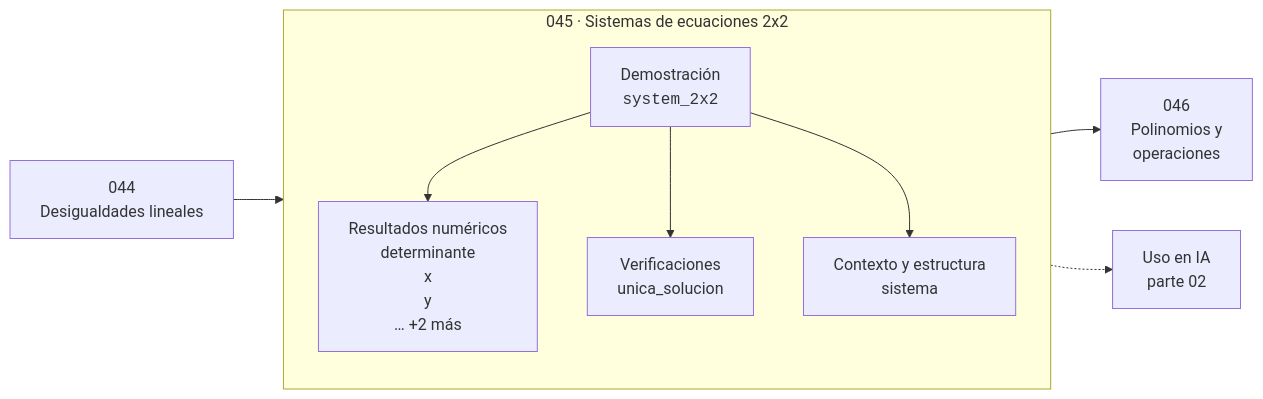
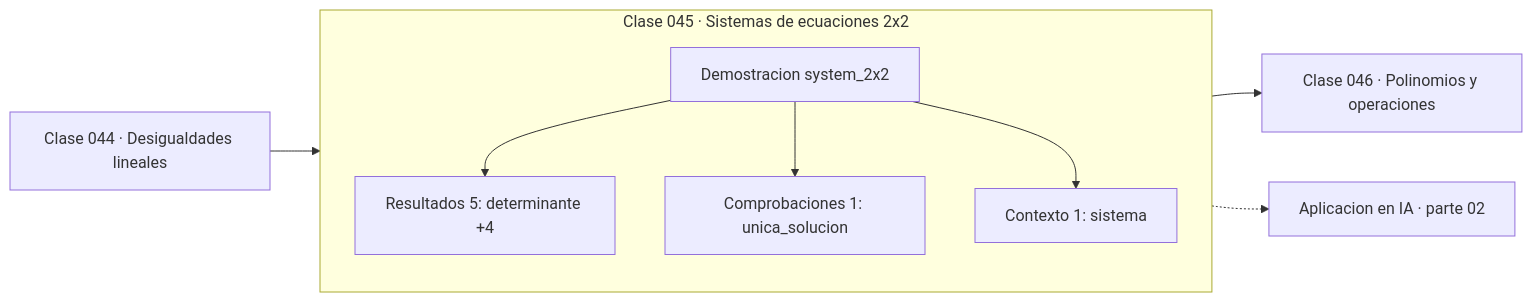
The diagram in classes/part-02-algebra-y-funciones/045-sistemas-de-ecuaciones-2x2/README.md (vladimiracunadev-create/computational-mathematics-program), drawn with Mermaid before and after one commit. The commit also changed 389 other files, not shown here.

First line of the commit message:
fix(diagramas): elimina el HTML de las etiquetas Mermaid

````diff
--- a/classes/part-02-algebra-y-funciones/045-sistemas-de-ecuaciones-2x2/README.md
+++ b/classes/part-02-algebra-y-funciones/045-sistemas-de-ecuaciones-2x2/README.md
@@ -35,12 +35,13 @@
 ```mermaid
 flowchart LR
-    P["044<br/>Desigualdades lineales"] --> C
-    subgraph C["045 · Sistemas de ecuaciones 2x2"]
+    P["Clase 044 · Desigualdades lineales"] --> D
+    subgraph CLASE["Clase 045 · Sistemas de ecuaciones 2x2"]
         direction TB
-        D["Demostración<br/><code>system_2x2</code>"] --> R["Resultados numéricos<br/>determinante<br/>x<br/>y<br/>… +2 más"]
-        D --> V["Verificaciones<br/>unica_solucion"]
-        D --> O["Contexto y estructura<br/>sistema"]
+        D["Demostracion system_2x2"]
+        D --> R["Resultados 5: determinante +4"]
+        D --> V["Comprobaciones 1: unica_solucion"]
+        D --> O["Contexto 1: sistema"]
     end
-    C --> N["046<br/>Polinomios y<br/>operaciones"]
-    C -.-> IA["Uso en IA<br/>parte 02"]
+    R --> N["Clase 046 · Polinomios y operaciones"]
+    V -.-> IA["Aplicacion en IA · parte 02"]
 ```
````
